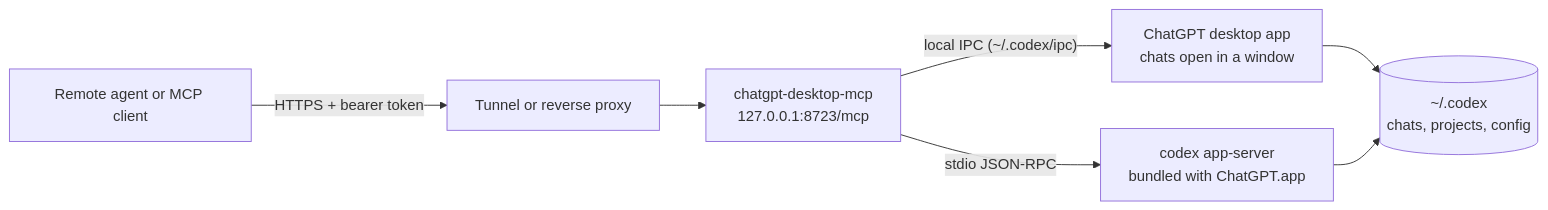
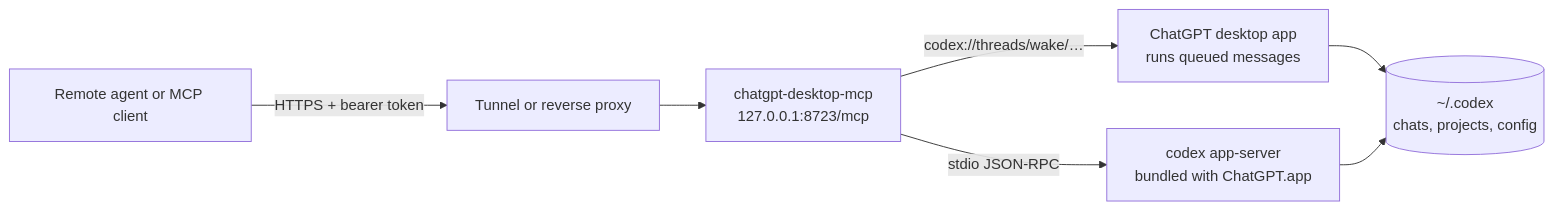
One commit to kevinrss01/chatgpt-desktop-mcp changed the diagram in README.md. Above: the diagram before and after it, drawn with Mermaid. The commit also changed other lines of this file and 11 other files, not shown here.

First line of the commit message:
Deliver app chats through the chat queue on ChatGPT 26.1120

````diff
--- a/README.md
+++ b/README.md
@@ -11,9 +11,9 @@
 ```mermaid
 flowchart LR
   Agent["Remote agent or MCP client"] -->|"HTTPS + bearer token"| Tunnel["Tunnel or reverse proxy"]
   Tunnel --> MCP["chatgpt-desktop-mcp\n127.0.0.1:8723/mcp"]
-  MCP -->|"local IPC (~/.codex/ipc)"| App["ChatGPT desktop app\nchats open in a window"]
+  MCP -->|"codex://threads/wake/…"| App["ChatGPT desktop app\nruns queued messages"]
   MCP -->|"stdio JSON-RPC"| Engine["codex app-server\nbundled with ChatGPT.app"]
   App --> Store[("~/.codex\nchats, projects, config")]
   Engine --> Store
 ```
````
